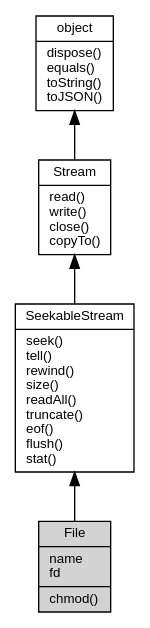
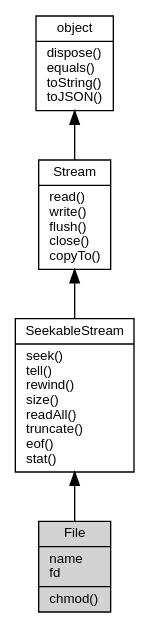
One commit to fibjs/fibjs.org changed the diagram in docs/manual/object/ifs/File.md. Above: the diagram before and after it, drawn with Graphviz. The commit also changed 289 other files, not shown here.

````diff
--- a/docs/manual/object/ifs/File.md
+++ b/docs/manual/object/ifs/File.md
@@ -11,14 +11,14 @@
 ```dot
 digraph {
     node [fontname="Helvetica,sans-Serif", fontsize=10, shape="record", style="filled", fillcolor="white"];
 
     object [tooltip="object", URL="object.md", label="{object|dispose()\lequals()\ltoString()\ltoJSON()\l}"];
-    Stream [tooltip="Stream", URL="Stream.md", label="{Stream|read()\lwrite()\lclose()\lcopyTo()\l}"];
-    SeekableStream [tooltip="SeekableStream", URL="SeekableStream.md", label="{SeekableStream|seek()\ltell()\lrewind()\lsize()\lreadAll()\ltruncate()\leof()\lflush()\lstat()\l}"];
-    File [tooltip="File", fillcolor="lightgray", label="{File|name\lfd\l|chmod()\l}"];
+    Stream [tooltip="Stream", URL="Stream.md", label="{Stream|read()\lwrite()\lflush()\lclose()\lcopyTo()\l}"];
+    SeekableStream [tooltip="SeekableStream", URL="SeekableStream.md", label="{SeekableStream|seek()\ltell()\lrewind()\lsize()\lreadAll()\ltruncate()\leof()\lstat()\l}"];
+    File [tooltip="File", fillcolor="lightgray", id="me", label="{File|name\lfd\l|chmod()\l}"];
 
     object -> Stream [dir=back];
     Stream -> SeekableStream [dir=back];
     SeekableStream -> File [dir=back];
 }
 ```
````
